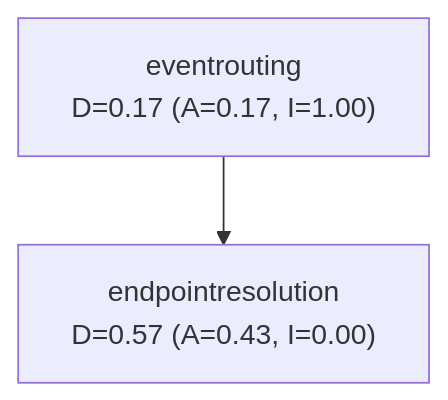
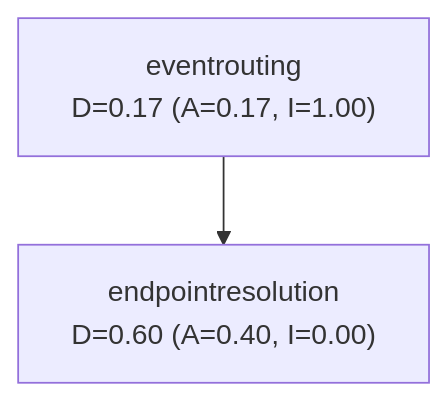
One commit to dinoo333/EventBob changed the diagram in io.eventbob.core/docs/core_dependency_graph.md. Above: the diagram before and after it, drawn with Mermaid. The commit also changed 15 other files, not shown here.

````diff
--- a/io.eventbob.core/docs/core_dependency_graph.md
+++ b/io.eventbob.core/docs/core_dependency_graph.md
@@ -15,4 +15,4 @@
 ```mermaid
 graph TD
-  eventrouting["eventrouting<br/>D=0.17 (A=0.17, I=1.00)"] --> endpointresolution["endpointresolution<br/>D=0.57 (A=0.43, I=0.00)"]
+  eventrouting["eventrouting<br/>D=0.17 (A=0.17, I=1.00)"] --> endpointresolution["endpointresolution<br/>D=0.60 (A=0.40, I=0.00)"]
 ```
````
